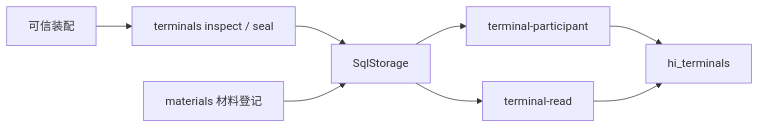
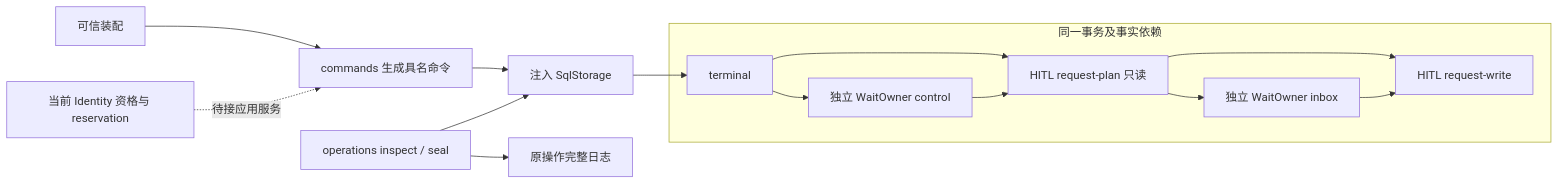
The diagram in packages/human-intervention/human-intervention-local/docs/architecture.md (nemori-ai/omne-harness-lite), drawn with Mermaid before and after one commit. The commit also changed other lines of this file and 33 other files, not shown here.

````diff
--- a/packages/human-intervention/human-intervention-local/docs/architecture.md
+++ b/packages/human-intervention/human-intervention-local/docs/architecture.md
@@ -7,10 +7,17 @@
 ```mermaid
 flowchart LR
-  Assembly[可信装配] --> Terminals[terminals inspect / seal]
-  Terminals --> Storage[SqlStorage]
-  Storage --> Participant[terminal-participant]
-  Storage --> Reader[terminal-read]
-  Participant --> Record[hi_terminals]
-  Reader --> Record
-  Materials[materials 材料登记] --> Storage
+  A[可信装配] --> C[commands 生成具名命令]
+  C --> SQL[注入 SqlStorage]
+  subgraph TX[同一事务及事实依赖]
+    T[terminal] --> W[独立 WaitOwner control]
+    T --> P[HITL request-plan 只读]
+    W --> P
+    P --> I[独立 WaitOwner inbox]
+    P --> R[HITL request-write]
+    I --> R
+  end
+  SQL --> T
+  O[operations inspect / seal] --> SQL
+  O --> Q[原操作完整日志]
+  G[当前 Identity 资格与 reservation] -. 待接应用服务 .-> C
 ```
````
